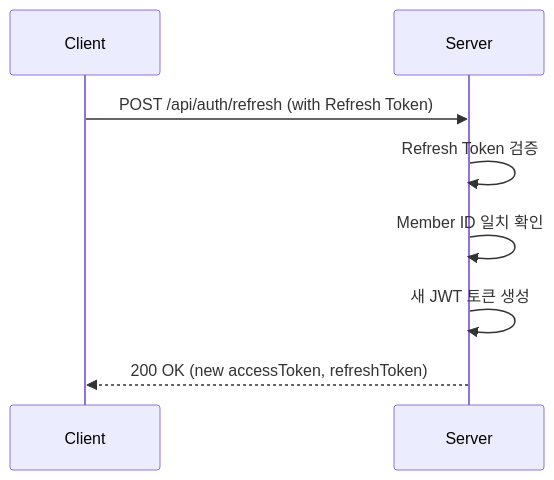
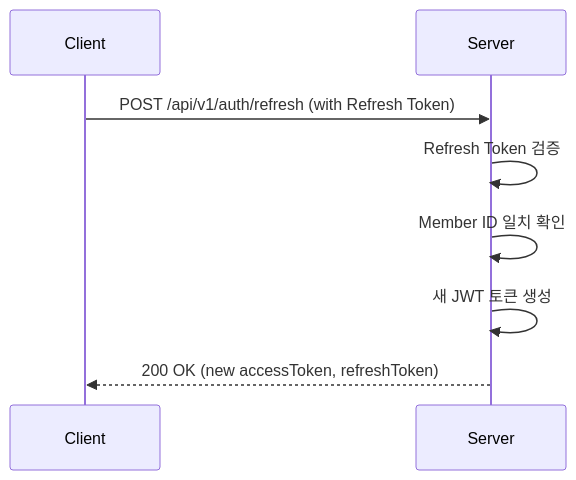
Before and after one commit to focus-to-level-up/api-server: the third of 4 diagrams in API_DOCUMENTATION.md, drawn with Mermaid. The commit also changed other lines of this file and 4 other files, not shown here.

````diff
--- a/API_DOCUMENTATION.md
+++ b/API_DOCUMENTATION.md
@@ -571,11 +571,11 @@
 ```mermaid
 sequenceDiagram
     participant Client
     participant Server
 
-    Client->>Server: POST /api/auth/refresh (with Refresh Token)
+    Client->>Server: POST /api/v1/auth/refresh (with Refresh Token)
     Server->>Server: Refresh Token 검증
     Server->>Server: Member ID 일치 확인
     Server->>Server: 새 JWT 토큰 생성
     Server-->>Client: 200 OK (new accessToken, refreshToken)
 ```
````
